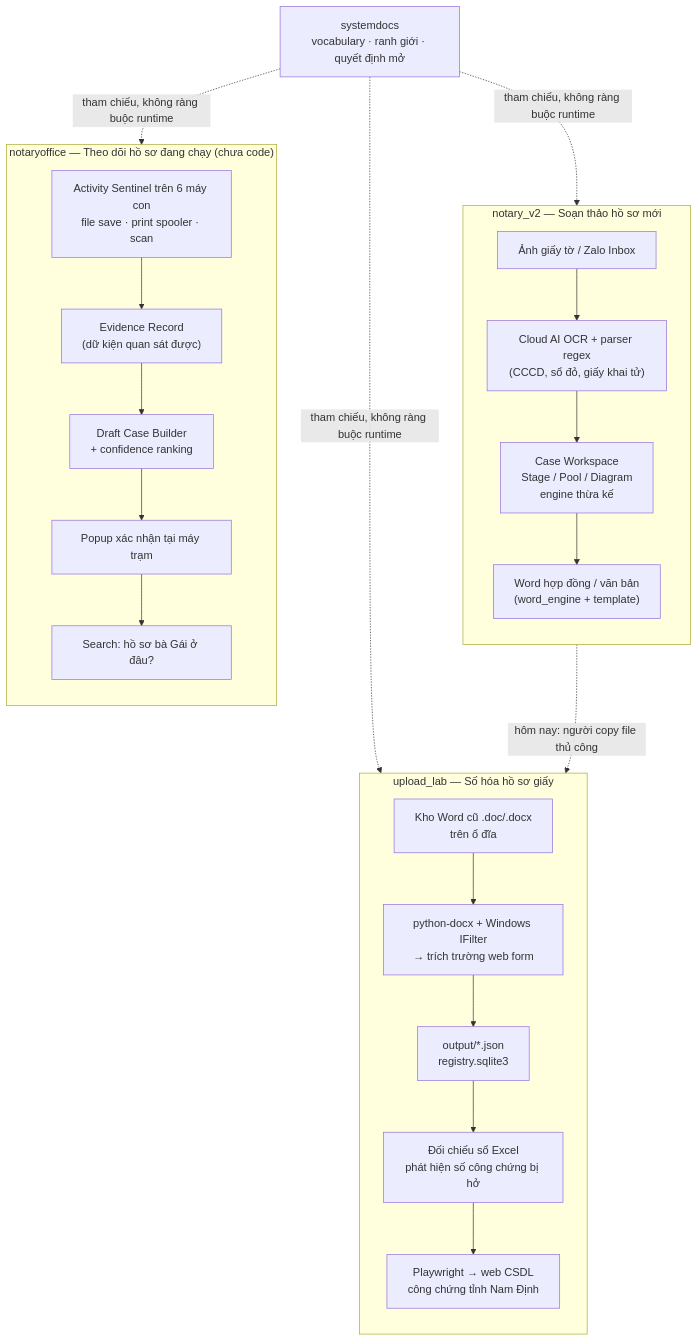
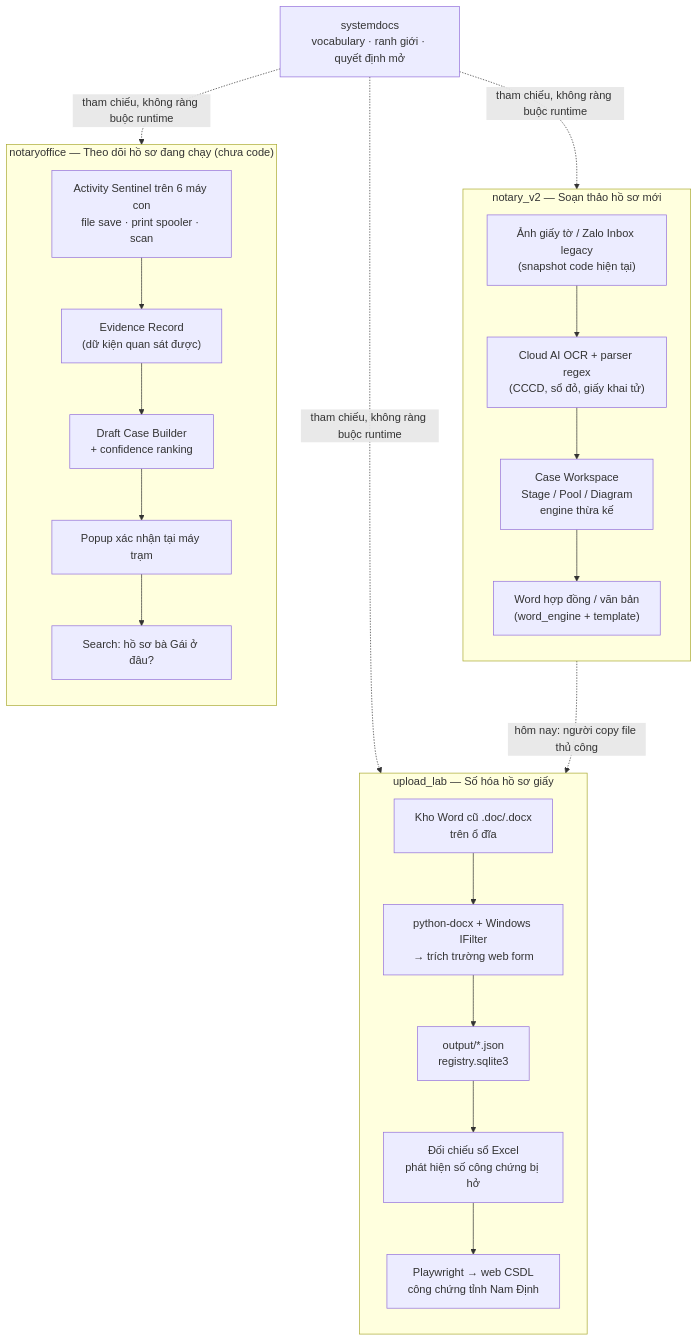
The diagram in docs/architecture/SYSTEM_ARCHITECTURE.md (minhnhatnguyen6297-a11y/systemdocs), drawn with Mermaid before and after one commit. The commit also changed other lines of this file and 17 other files, not shown here.

First line of the commit message:
docs(zalo): kiến trúc module 4 + spec split v1-legacy/v2 + con trỏ contract MIN-92

````diff
--- a/docs/architecture/SYSTEM_ARCHITECTURE.md
+++ b/docs/architecture/SYSTEM_ARCHITECTURE.md
@@ -25,38 +59,38 @@
 ```mermaid
 flowchart TB
     subgraph NV2["notary_v2 — Soạn thảo hồ sơ mới"]
         direction TB
-        NV2IN["Ảnh giấy tờ / Zalo Inbox"]
+        NV2IN["Ảnh giấy tờ / Zalo Inbox legacy<br/>(snapshot code hiện tại)"]
         NV2OCR["Cloud AI OCR + parser regex<br/>(CCCD, sổ đỏ, giấy khai tử)"]
         NV2CASE["Case Workspace<br/>Stage / Pool / Diagram<br/>engine thừa kế"]
         NV2OUT["Word hợp đồng / văn bản<br/>(word_engine + template)"]
         NV2IN --> NV2OCR --> NV2CASE --> NV2OUT
     end
 
     subgraph UL["upload_lab — Số hóa hồ sơ giấy"]
         direction TB
         ULIN["Kho Word cũ .doc/.docx<br/>trên ổ đĩa"]
         ULEX["python-docx + Windows IFilter<br/>→ trích trường web form"]
         ULDB["output/*.json<br/>registry.sqlite3"]
         ULAUD["Đối chiếu sổ Excel<br/>phát hiện số công chứng bị hở"]
         ULUP["Playwright → web CSDL<br/>công chứng tỉnh Nam Định"]
         ULIN --> ULEX --> ULDB --> ULAUD --> ULUP
     end
 
     subgraph NO["notaryoffice — Theo dõi hồ sơ đang chạy (chưa code)"]
         direction TB
         NOSEN["Activity Sentinel trên 6 máy con<br/>file save · print spooler · scan"]
         NOEV["Evidence Record<br/>(dữ kiện quan sát được)"]
         NODC["Draft Case Builder<br/>+ confidence ranking"]
         NOCF["Popup xác nhận tại máy trạm"]
         NOSE["Search: hồ sơ bà Gái ở đâu?"]
         NOSEN --> NOEV --> NODC --> NOCF --> NOSE
     end
 
     SD["systemdocs<br/>vocabulary · ranh giới · quyết định mở"]
     SD -.->|tham chiếu, không ràng buộc runtime| NV2
     SD -.->|tham chiếu, không ràng buộc runtime| UL
     SD -.->|tham chiếu, không ràng buộc runtime| NO
 
     NV2OUT -. "hôm nay: người copy file thủ công" .-> ULIN
 ```
````
